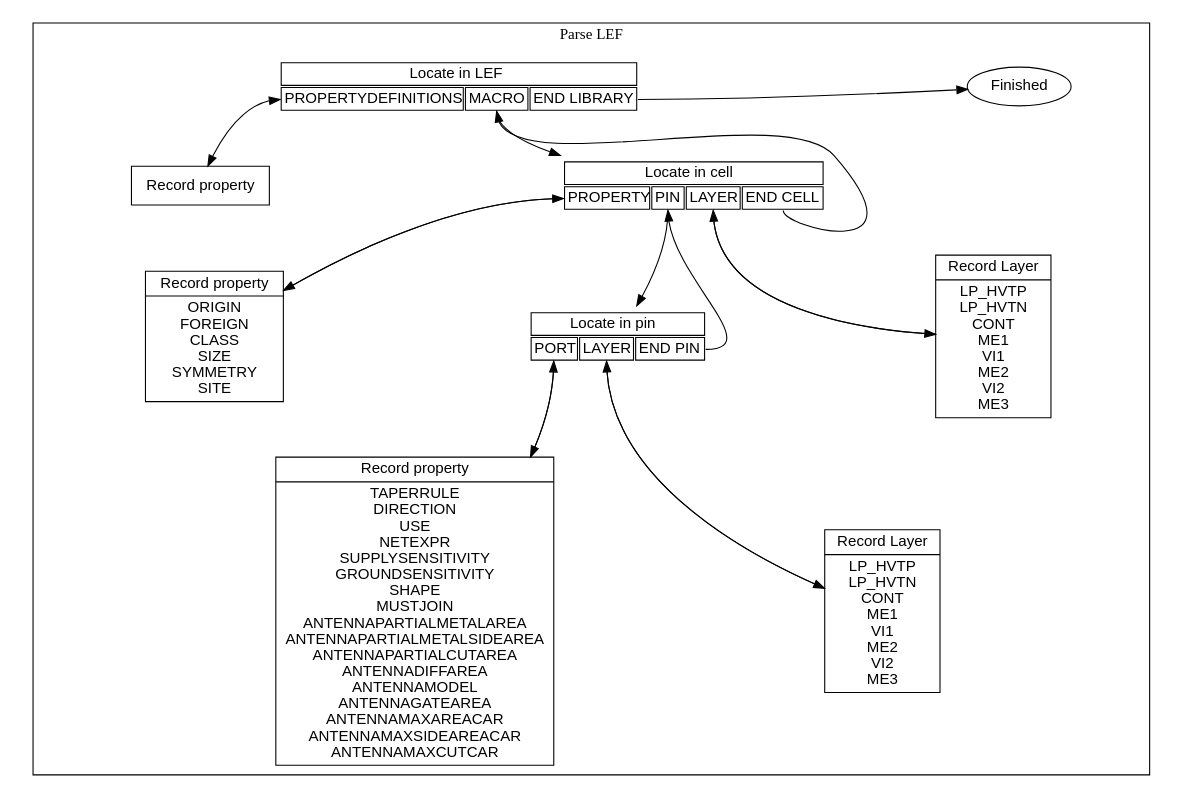
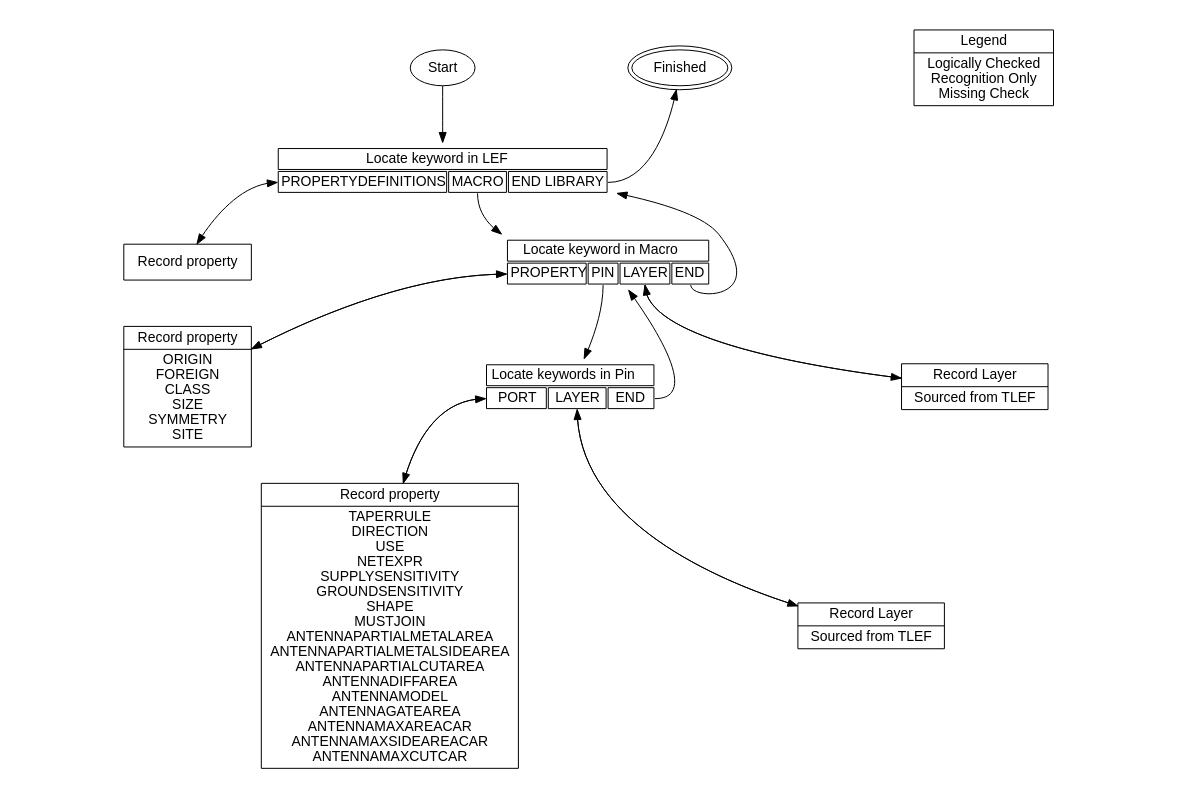
One commit to jashley2017/CPE584_LefProject changed the diagram in flowchart_minor.dot. Above: the diagram before and after it, drawn with Graphviz. The commit also changed 12 other files, not shown here.

```diff
--- a/flowchart_minor.dot
+++ b/flowchart_minor.dot
@@ -1,116 +1,124 @@
 digraph parseLEF {
     ordering=out;
     size="12,8";
     ratio=fill;
     rankdir=TB;
     style="invis";    
     concentrate=true;
+    
+
     node [fontname=Helvetica shape=record];
 
     ###
     ###
     ###
 
     subgraph cluster {
         rankdir=TB;
-        label="Parse LEF";
-        graph [style=solid];
+
+        LEGEND [label="{Legend|Logically Checked\nRecognition Only\nMissing Check}"];
+
+        START [label="Start" shape=oval peripheries=1];
         SKIP_LINES [
             shape=plaintext
             label=<
                 <table border="0" cellborder="1">
                     <tr>
-                        <td colspan="3">Locate in LEF</td>
+                        <td colspan="3">Locate keyword in LEF</td>
                     </tr>
                     <tr>
                         <td port='prop'>PROPERTYDEFINITIONS</td>
                         <td port='macro'>MACRO</td>
                         <td port='end'>END LIBRARY</td>
                     </tr>
                 </table>
             >
         ];
         # PROPERTYDEFINITIONS
         P_READ_LINE [label="Record property"];
 
+        START
+        -> SKIP_LINES;
+
         SKIP_LINES:prop
         -> P_READ_LINE
         -> SKIP_LINES;
+
         # MACRO
         SKIP_LINES:macro
         -> M_SKIP_LINES;        
 
             M_SKIP_LINES [
                 shape=plaintext
                 label=<
                     <table border="0" cellborder="1">
                         <tr>
-                            <td colspan="4">Locate in cell</td>
+                            <td colspan="4">Locate keyword in Macro</td>
                         </tr>
                         <tr>
                             <td port='prop'>PROPERTY</td>
                             <td port='pin'>PIN</td>
                             <td port='layer'>LAYER</td>
-                            <td port='end'>END CELL</td>
+                            <td port='end'>END</td>
                         </tr>
                     </table>
                 >
             ];
             # Property
             M_PROP_RECORD [label="{Record property|ORIGIN\nFOREIGN\nCLASS\nSIZE\nSYMMETRY\nSITE}"];
 
             M_SKIP_LINES:prop
             -> M_PROP_RECORD
             -> M_SKIP_LINES:prop;
             # Pin
             M_SKIP_LINES:pin
             -> PIN_SKIP_LINES;
 
                 PIN_SKIP_LINES [
                     shape=plaintext
                     label=<
                         <table border="0" cellborder="1">
                             <tr>
-                                <td colspan="3">Locate in pin</td>
+                                <td colspan="3">Locate keywords in Pin</td>
                             </tr>
                             <tr>
                                 <td port='port'>PORT</td>
                                 <td port='layer'>LAYER</td>
-                                <td port='end'>END PIN</td>
+                                <td port='end'>END</td>
                             </tr>
                         </table>
                     >
                 ];
                 # Port
                 PIN_PROP [label="{Record property|TAPERRULE\nDIRECTION\nUSE\nNETEXPR\nSUPPLYSENSITIVITY\nGROUNDSENSITIVITY\nSHAPE\nMUSTJOIN\nANTENNAPARTIALMETALAREA\nANTENNAPARTIALMETALSIDEAREA\nANTENNAPARTIALCUTAREA\nANTENNADIFFAREA\nANTENNAMODEL\nANTENNAGATEAREA\nANTENNAMAXAREACAR\nANTENNAMAXSIDEAREACAR\nANTENNAMAXCUTCAR}"]
                 PIN_SKIP_LINES:port
                 -> PIN_PROP
                 -> PIN_SKIP_LINES:port;
 
                 # Layer
-                PIN_LAYER [label="{Record Layer|LP_HVTP\nLP_HVTN\nCONT\nME1\nVI1\nME2\nVI2\nME3}"];
+                PIN_LAYER [label="{Record Layer| Sourced from TLEF}"];
                 PIN_SKIP_LINES:layer
                 -> PIN_LAYER
                 -> PIN_SKIP_LINES:layer;
 
                 # End Pin
                 PIN_SKIP_LINES:end
-                -> M_SKIP_LINES:pin;
+                -> M_SKIP_LINES;
             # Layer
-            CELL_LAYER [label="{Record Layer|LP_HVTP\nLP_HVTN\nCONT\nME1\nVI1\nME2\nVI2\nME3}"];
+            CELL_LAYER [label="{Record Layer| Sourced from TLEF}"];
             M_SKIP_LINES:layer
             -> CELL_LAYER
             -> M_SKIP_LINES:layer;
 
             # End Cell
             M_SKIP_LINES:end
-            -> SKIP_LINES:macro;
+            -> SKIP_LINES;
         # End LEF
-        { rank=same; SKIP_LINES; LEF_EXIT;}
-        LEF_EXIT [label="Finished" shape=oval];
+        { rank=same; START; LEF_EXIT;}
+        LEF_EXIT [label="Finished" shape=oval peripheries=2];
 
         SKIP_LINES:end
         -> LEF_EXIT;
     }
     
 }
```
